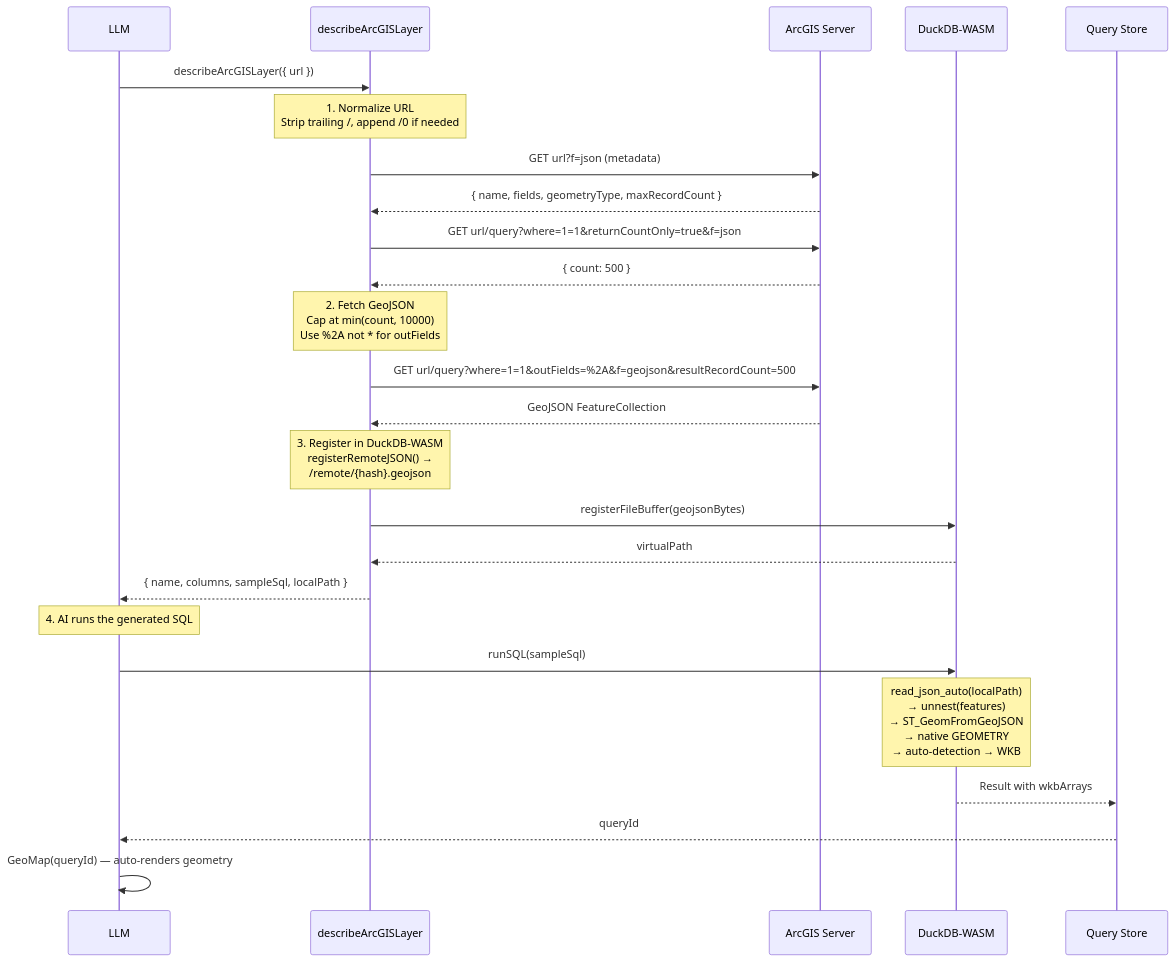
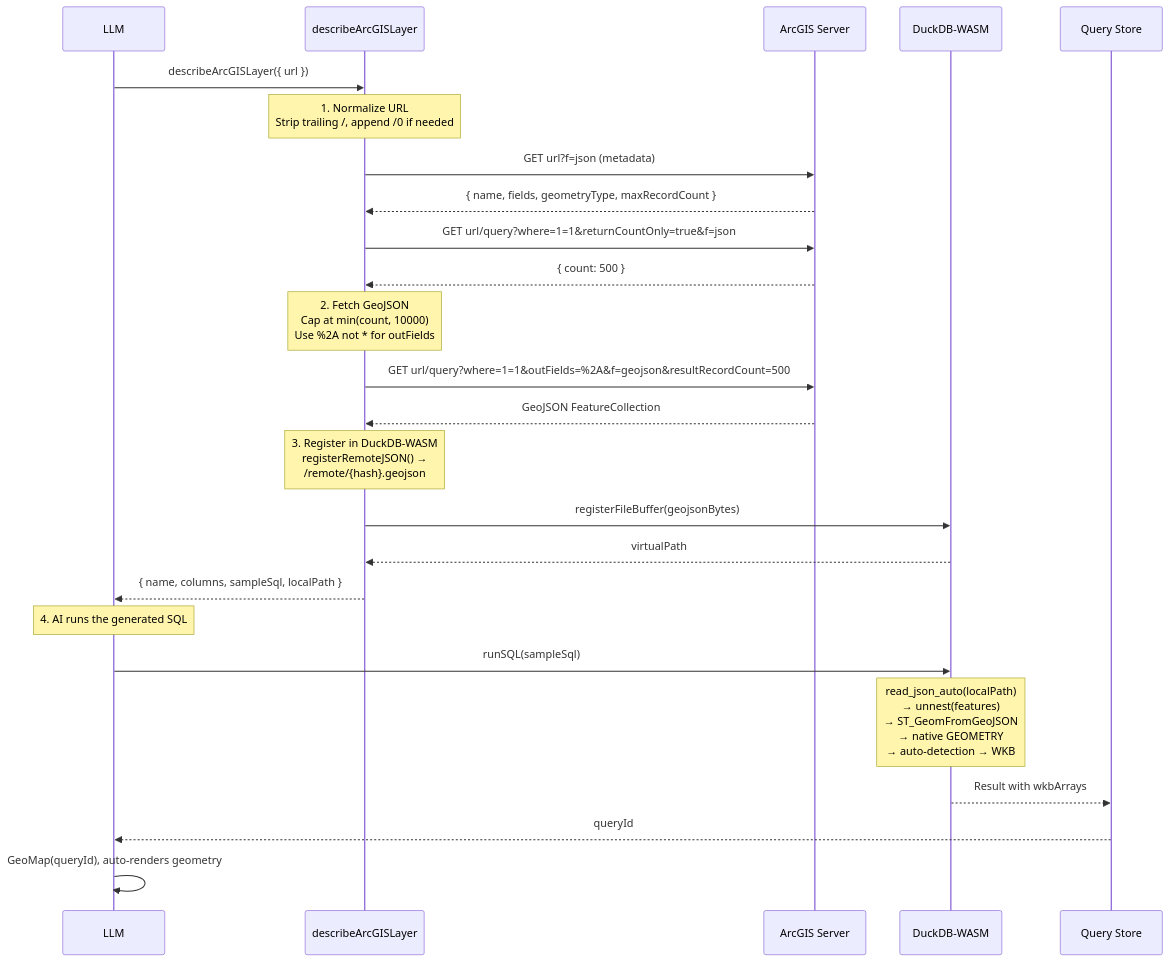
Before and after one commit to walkthru-earth/ai: diagram 25 of 30 in ARCHITECTURE.md, drawn with Mermaid. The commit also changed other lines of this file and 69 other files, not shown here.

````diff
--- a/ARCHITECTURE.md
+++ b/ARCHITECTURE.md
@@ -914,39 +914,39 @@
 ```mermaid
 sequenceDiagram
     participant AI as LLM
     participant Tool as describeArcGISLayer
     participant ArcGIS as ArcGIS Server
     participant DB as DuckDB-WASM
     participant Store as Query Store
 
     AI->>Tool: describeArcGISLayer({ url })
 
     Note over Tool: 1. Normalize URL<br/>Strip trailing /, append /0 if needed
 
     Tool->>ArcGIS: GET url?f=json (metadata)
     ArcGIS-->>Tool: { name, fields, geometryType, maxRecordCount }
 
     Tool->>ArcGIS: GET url/query?where=1=1&returnCountOnly=true&f=json
     ArcGIS-->>Tool: { count: 500 }
 
     Note over Tool: 2. Fetch GeoJSON<br/>Cap at min(count, 10000)<br/>Use %2A not * for outFields
 
     Tool->>ArcGIS: GET url/query?where=1=1&outFields=%2A&f=geojson&resultRecordCount=500
     ArcGIS-->>Tool: GeoJSON FeatureCollection
 
     Note over Tool: 3. Register in DuckDB-WASM<br/>registerRemoteJSON() →<br/>/remote/{hash}.geojson
 
     Tool->>DB: registerFileBuffer(geojsonBytes)
     DB-->>Tool: virtualPath
 
     Tool-->>AI: { name, columns, sampleSql, localPath }
 
     Note over AI: 4. AI runs the generated SQL
 
     AI->>DB: runSQL(sampleSql)
     Note over DB: read_json_auto(localPath)<br/>→ unnest(features)<br/>→ ST_GeomFromGeoJSON<br/>→ native GEOMETRY<br/>→ auto-detection → WKB
     DB-->>Store: Result with wkbArrays
     Store-->>AI: queryId
 
-    AI->>AI: GeoMap(queryId) — auto-renders geometry
+    AI->>AI: GeoMap(queryId), auto-renders geometry
 ```
````
